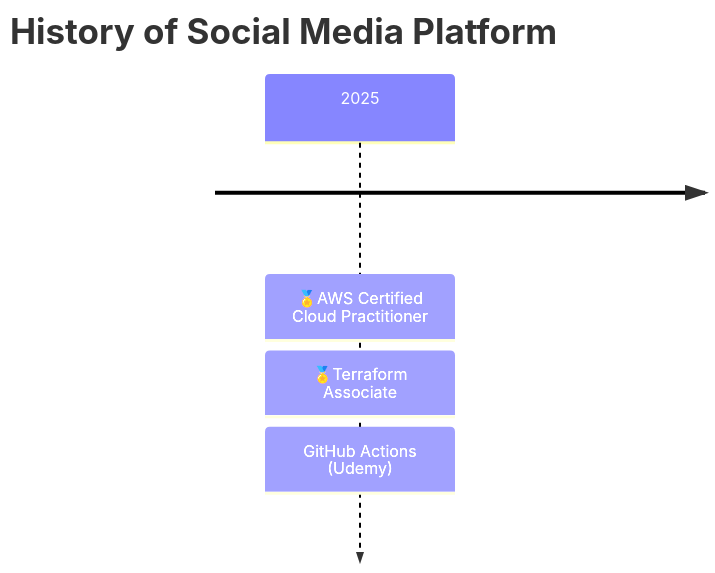
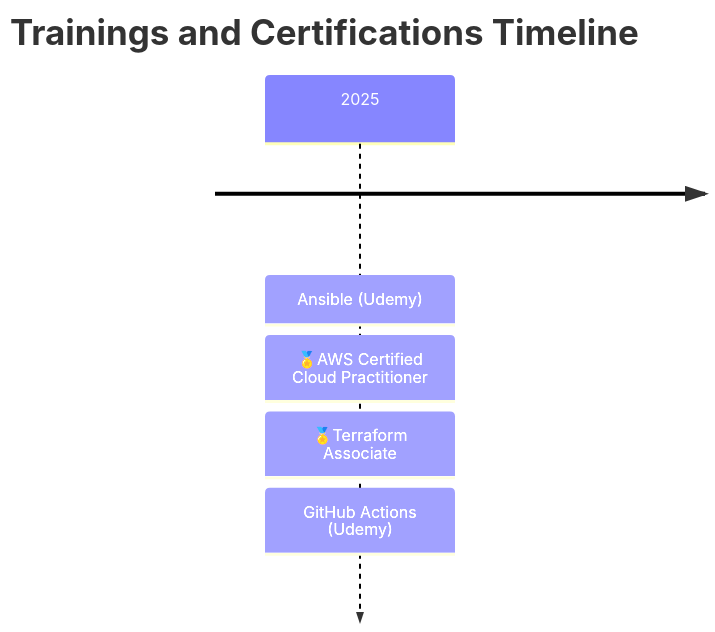
One commit to rtdevx/rtdevx.github.io changed the diagram in content/about.md. Above: the diagram before and after it, drawn with Mermaid.

Commit message:
Obsidian sync: 2025-12-09 22:03:49

```diff
--- a/content/about.md
+++ b/content/about.md
@@ -61,7 +61,8 @@
 {{< mermaid >}}
 timeline
-    title History of Social Media Platform
-    2025 : 🏅AWS Certified Cloud Practitioner
+    title Trainings and Certifications Timeline
+    2025 : Ansible (Udemy)
+         : 🏅AWS Certified Cloud Practitioner
          : 🏅Terraform Associate
          : GitHub Actions (Udemy)
 {{< /mermaid >}}
```
